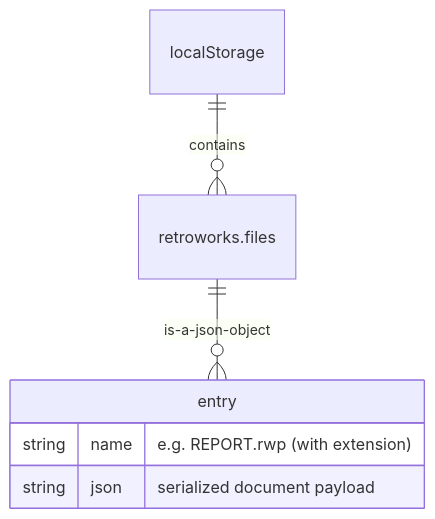
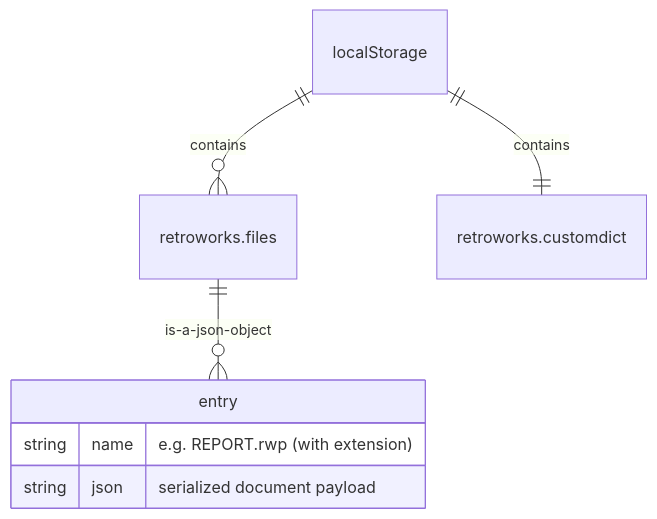
Before and after one commit to AuriR/RetroworksBlazor: the second of 5 diagrams in Architecture.md, drawn with Mermaid. The commit also changed other lines of this file and 8 other files, not shown here.

````diff
--- a/Architecture.md
+++ b/Architecture.md
@@ -113,9 +114,10 @@
 ```mermaid
 erDiagram
     localStorage ||--o{ "retroworks.files" : contains
+    localStorage ||--|| "retroworks.customdict" : contains
     "retroworks.files" ||--o{ entry : is-a-json-object
     entry {
         string name "e.g. REPORT.rwp (with extension)"
         string json "serialized document payload"
     }
 ```
````
